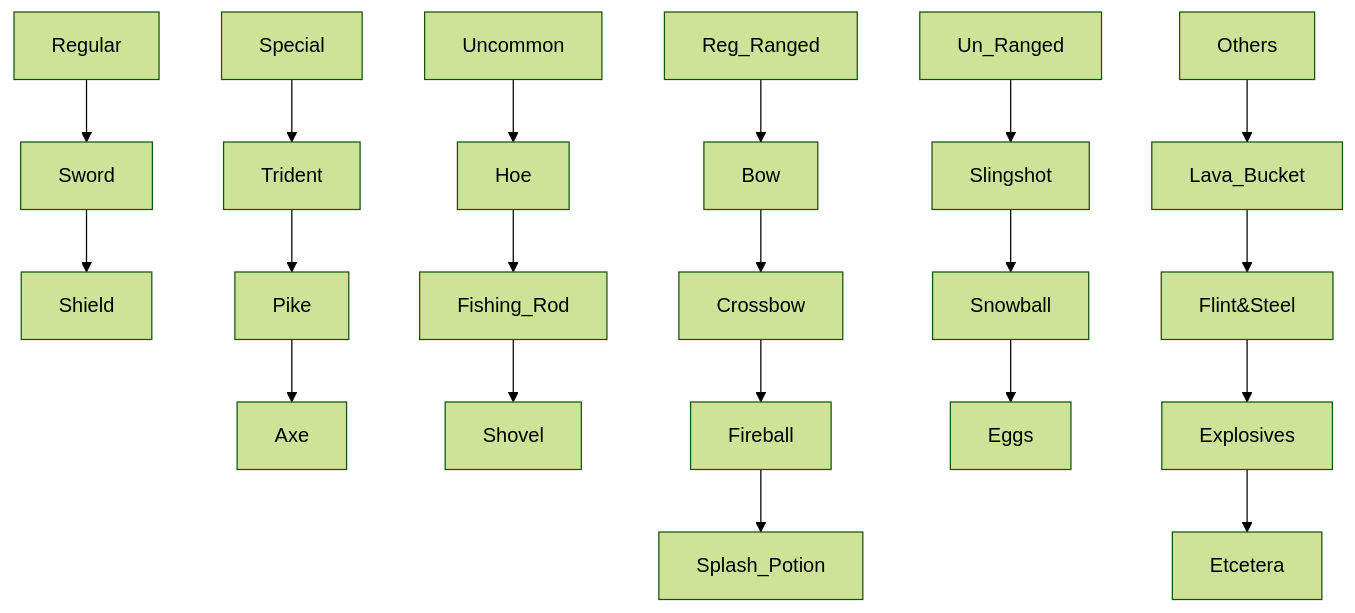
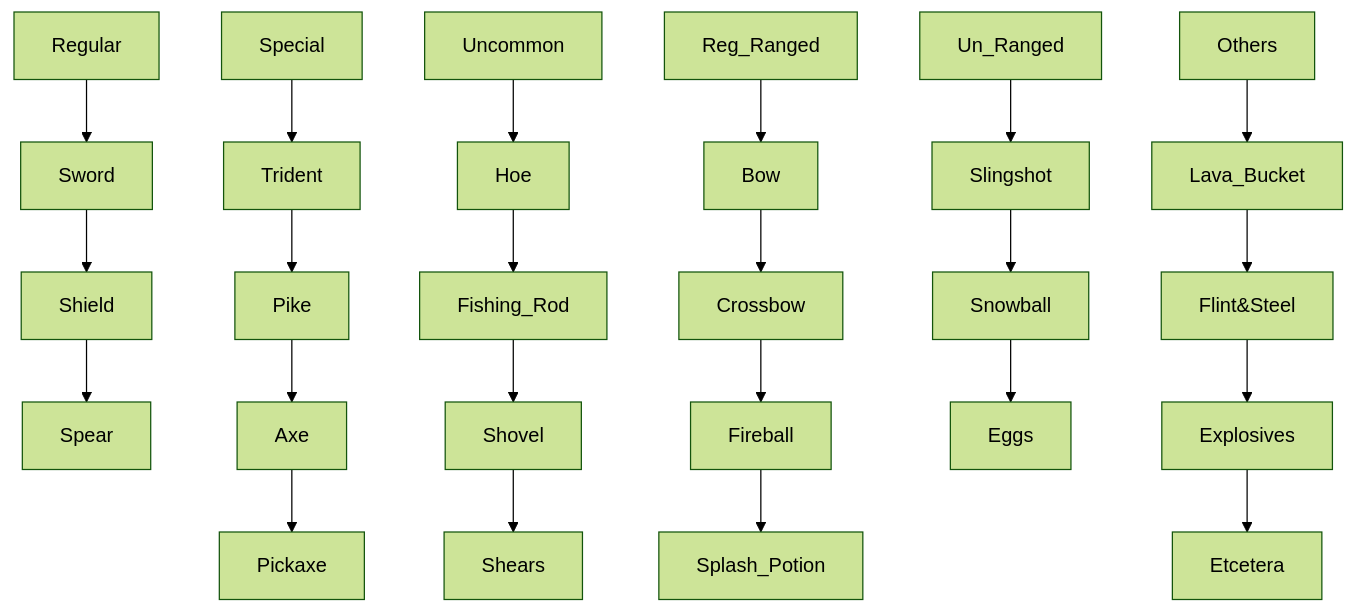
The diagram in Production☪️.md (ColziandKing/RSCUniverse), drawn with Mermaid (forest theme) before and after one commit.

````diff
--- a/Production☪️.md
+++ b/Production☪️.md
@@ -17,23 +17,30 @@
 ```mermaid
 graph TD;
     Regular-->Sword;
     Sword-->Shield;
+    Shield-->Spear
+    
     Special-->Trident;
     Trident-->Pike;
     Pike-->Axe;
+    Axe-->Pickaxe;
     
     Uncommon-->Hoe;
     Hoe-->Fishing_Rod;
     Fishing_Rod-->Shovel;
+    Shovel-->Shears;
+    
     Reg_Ranged-->Bow;
     Bow-->Crossbow;
     Crossbow-->Fireball;
     Fireball-->Splash_Potion;
+    
     Un_Ranged-->Slingshot;
     Slingshot-->Snowball;
     Snowball-->Eggs;
+    
     Others-->Lava_Bucket;
     Lava_Bucket-->Flint&Steel;
     Flint&Steel-->Explosives;
     Explosives-->Etcetera;
 ```
````
